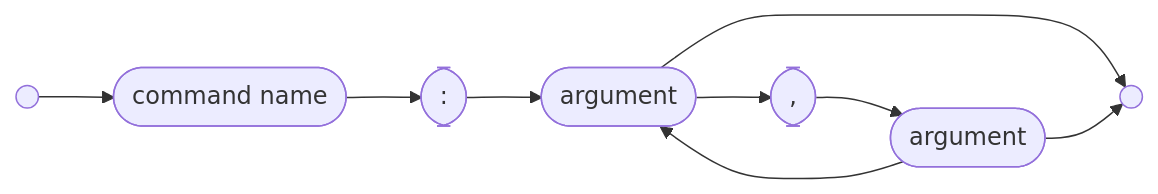
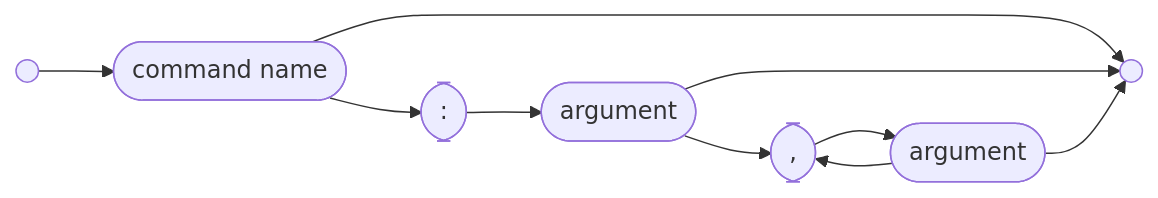
One commit to JimDesu/basis-lang changed the diagram in README.md. Above: the diagram before and after it, drawn with Mermaid. The commit also changed other lines of this file, not shown here.

````diff
--- a/README.md
+++ b/README.md
@@ -48,18 +48,19 @@
 ```mermaid
 flowchart LR
   id0(( ))
   id1([command name])
   id2([:])
   id3([argument])
   id4([,])
   id5([argument])
   id6(( ))
   id0 --> id1
   id1 --> id2
+  id1 --> id6
   id2 --> id3
   id3 --> id6
   id3 --> id4
   id4 --> id5
-  id5 --> id3
+  id5 --> id4
   id5 --> id6
 ```
````
